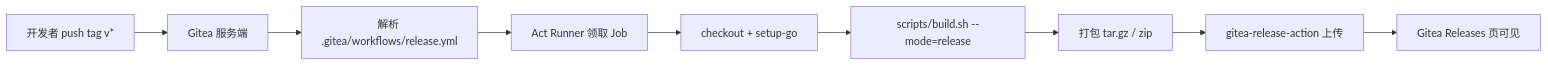
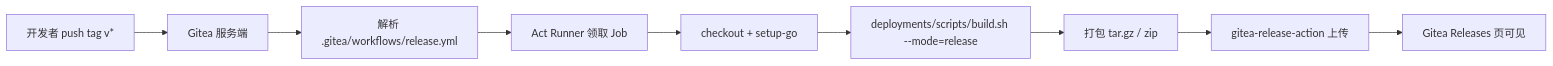
The diagram in docs/release/release-gitea-actions.md (astrueus/doc), drawn with Mermaid before and after one commit. The commit also changed other lines of this file and 39 other files, not shown here.

First line of the commit message:
chore(r5): 将 scripts 迁入 deployments 并补齐测试入口

````diff
--- a/docs/release/release-gitea-actions.md
+++ b/docs/release/release-gitea-actions.md
@@ -15,11 +15,11 @@
 ```mermaid
 flowchart LR
     A[开发者 push tag v*] --> B[Gitea 服务端]
     B --> C[解析 .gitea/workflows/release.yml]
     C --> D[Act Runner 领取 Job]
     D --> E[checkout + setup-go]
-    E --> F[scripts/build.sh --mode=release]
+    E --> F[deployments/scripts/build.sh --mode=release]
     F --> G[打包 tar.gz / zip]
     G --> H[gitea-release-action 上传]
     H --> I[Gitea Releases 页可见]
 ```
````
